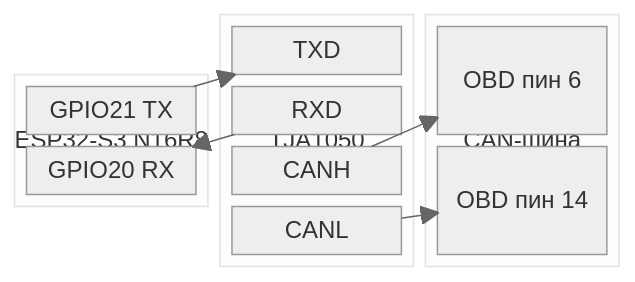
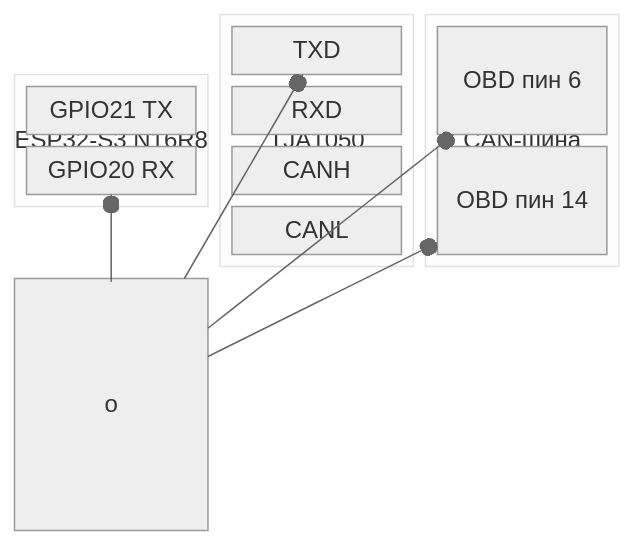
Before and after one commit to avtotor/can2wifi_esp32s3: the second of 3 diagrams in README.md, drawn with Mermaid (neutral theme).

Commit message:
docs: replace arrows with lines and dots (o--o)

````diff
--- a/README.md
+++ b/README.md
@@ -30,26 +30,26 @@
 ```mermaid
 block-beta
   columns 3
   block:ESP["ESP32-S3 N16R8"]:1
     columns 1
     TX["GPIO21 TX"]
     RX["GPIO20 RX"]
   end
   block:TJA["TJA1050"]:1
     columns 1
     TXD["TXD"]
     RXD["RXD"]
     CANH["CANH"]
     CANL["CANL"]
   end
   block:CAN["CAN-шина"]:1
     columns 1
     P6["OBD пин 6"]
     P14["OBD пин 14"]
   end
 
-  TX --> TXD
-  RXD --> RX
-  CANH --> P6
-  CANL --> P14
+  TX o--o TXD
+  RXD o--o RX
+  CANH o--o P6
+  CANL o--o P14
 ```
````
